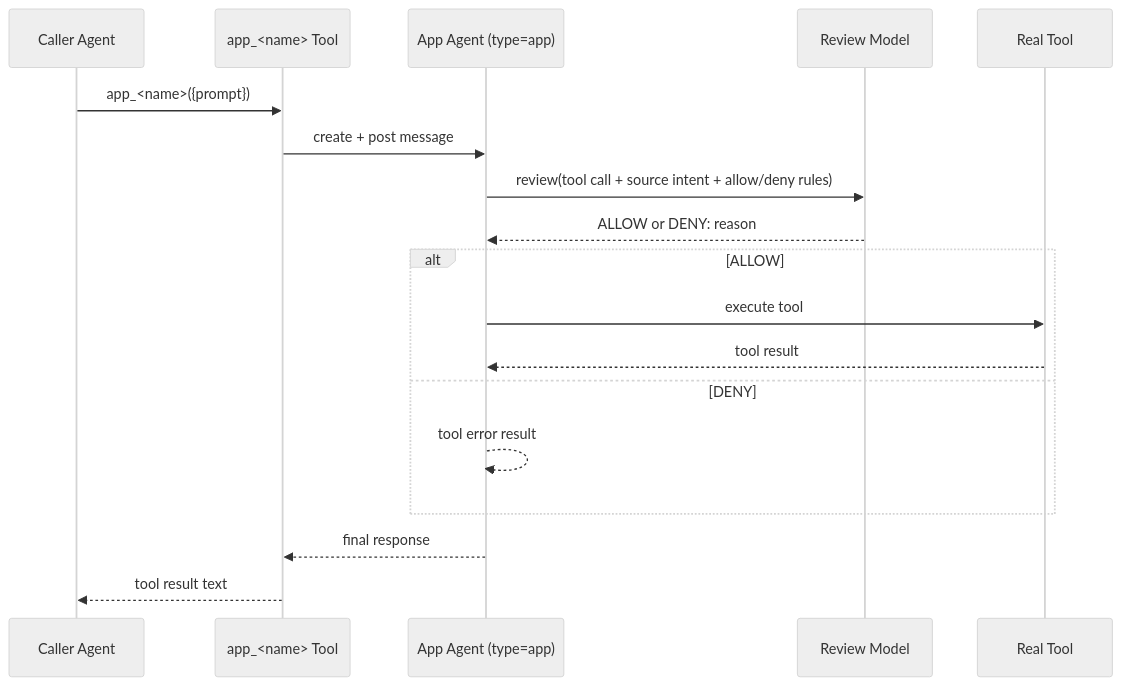
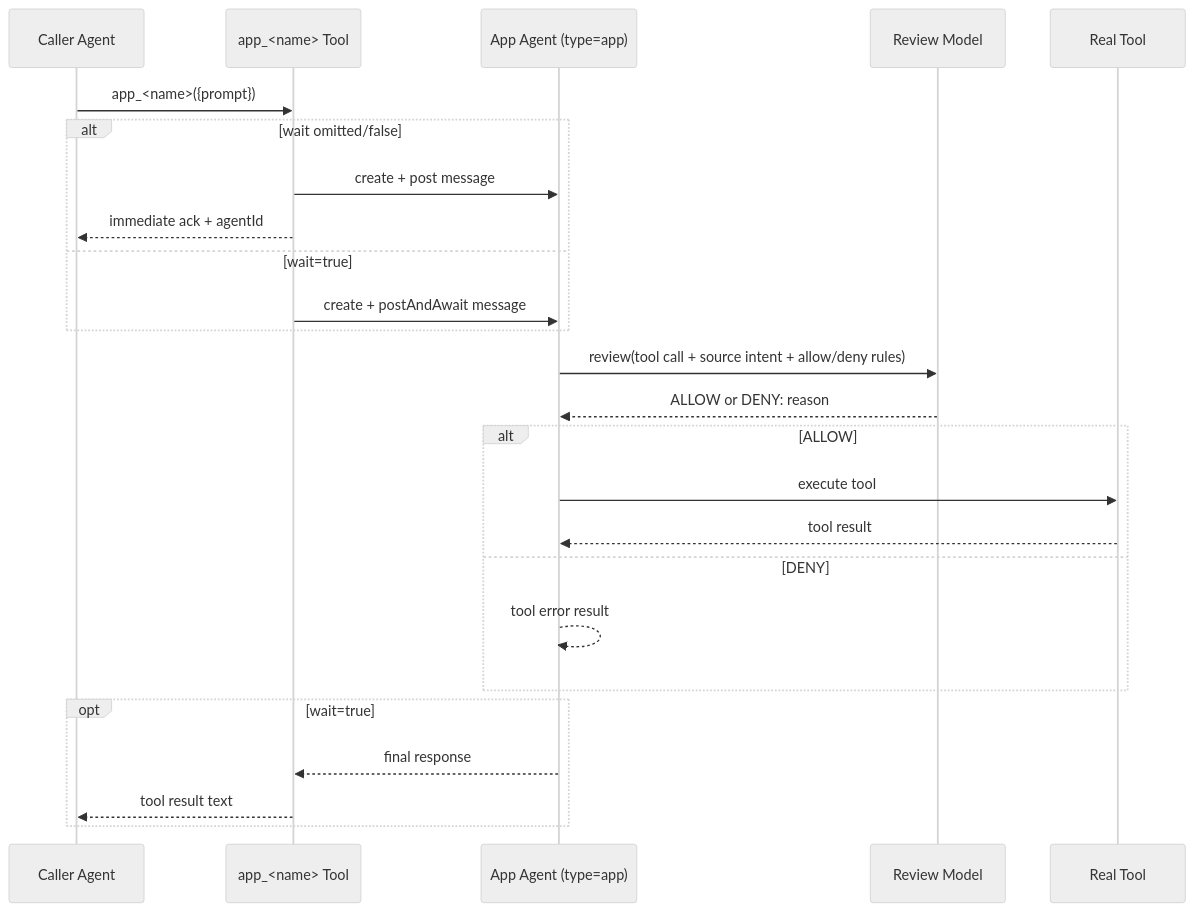
The diagram in doc/internals/apps.md (ex3ndr-bot/daycare), drawn with Mermaid (neutral theme) before and after one commit. The commit also changed 5 other files, not shown here.

````diff
--- a/doc/internals/apps.md
+++ b/doc/internals/apps.md
@@ -13,21 +13,28 @@
 ```mermaid
 sequenceDiagram
   participant A as Caller Agent
   participant T as app_<name> Tool
   participant S as App Agent (type=app)
   participant R as Review Model
   participant X as Real Tool
 
   A->>T: app_<name>({prompt})
-  T->>S: create + post message
+  alt wait omitted/false
+    T->>S: create + post message
+    T-->>A: immediate ack + agentId
+  else wait=true
+    T->>S: create + postAndAwait message
+  end
   S->>R: review(tool call + source intent + allow/deny rules)
   R-->>S: ALLOW or DENY: reason
   alt ALLOW
     S->>X: execute tool
     X-->>S: tool result
   else DENY
     S-->>S: tool error result
   end
-  S-->>T: final response
-  T-->>A: tool result text
+  opt wait=true
+    S-->>T: final response
+    T-->>A: tool result text
+  end
 ```
````
